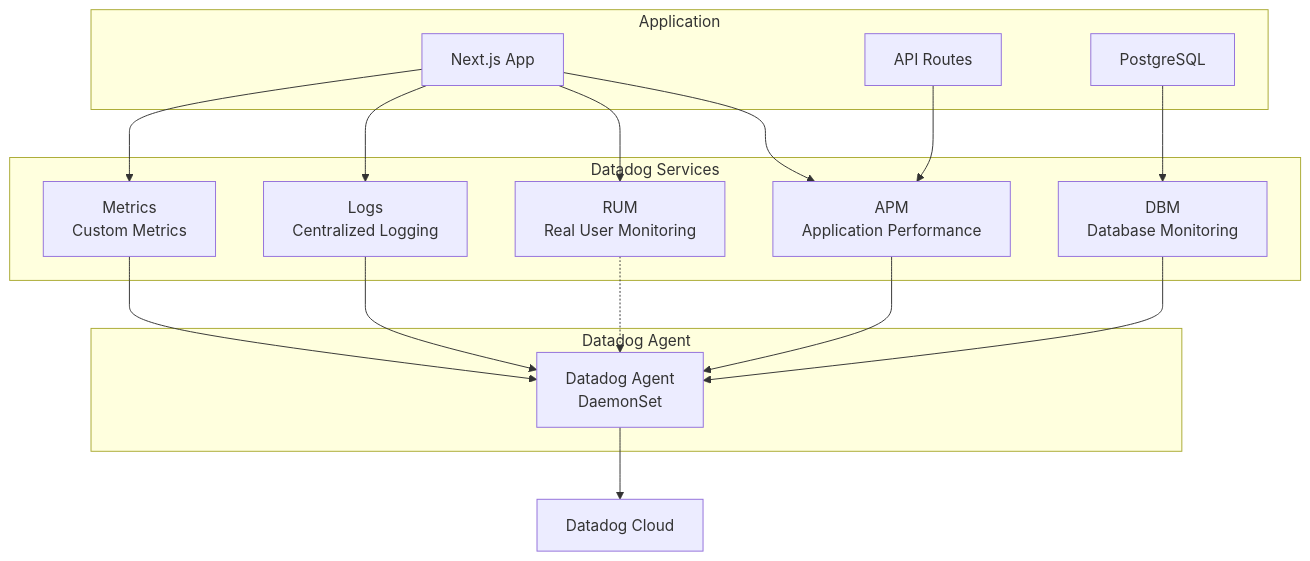
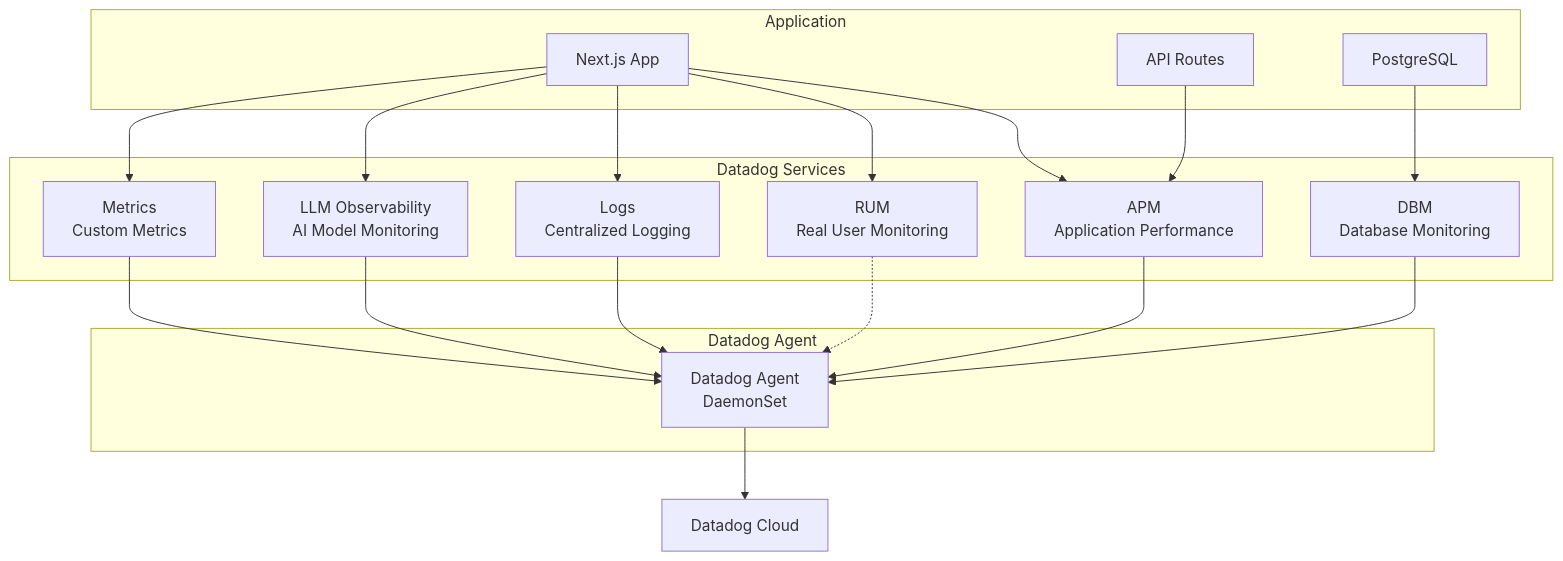
One commit to ryanmaclean/vibecode-webgui changed diagram 12 of 14 in ARCHITECTURE.md. Above: the diagram before and after it, drawn with Mermaid. The commit also changed other lines of this file and 35 other files, not shown here.

````diff
--- a/ARCHITECTURE.md
+++ b/ARCHITECTURE.md
@@ -954,35 +1082,38 @@
 ```mermaid
 graph TB
     subgraph "Application"
         App[Next.js App]
         API[API Routes]
         DB[PostgreSQL]
     end
 
     subgraph "Datadog Services"
         APM[APM<br/>Application Performance]
         DBM[DBM<br/>Database Monitoring]
         RUM[RUM<br/>Real User Monitoring]
         Logs[Logs<br/>Centralized Logging]
         Metrics[Metrics<br/>Custom Metrics]
+        LLMOBS[LLM Observability<br/>AI Model Monitoring]
     end
 
     subgraph "Datadog Agent"
         Agent[Datadog Agent<br/>DaemonSet]
     end
 
     App --> APM
     API --> APM
     App --> RUM
     App --> Logs
+    App --> LLMOBS
     DB --> DBM
     App --> Metrics
 
     APM --> Agent
     DBM --> Agent
     RUM -.-> Agent
     Logs --> Agent
     Metrics --> Agent
+    LLMOBS --> Agent
 
     Agent --> DatadogCloud[Datadog Cloud]
 ```
````
